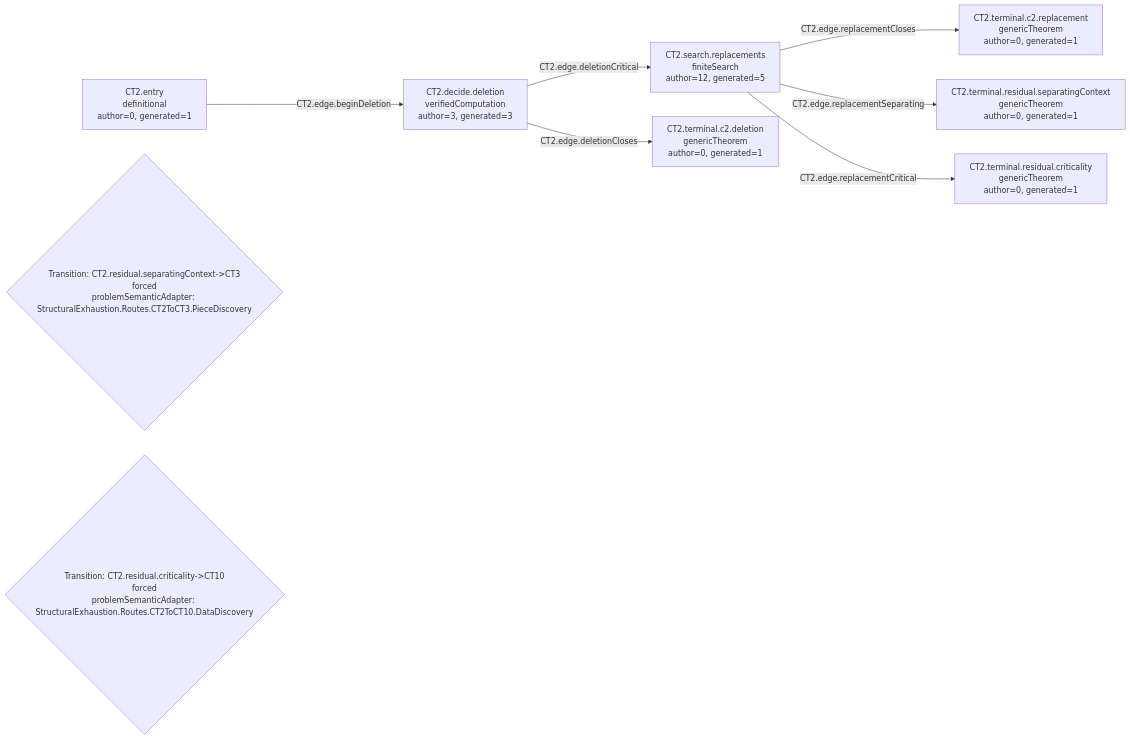
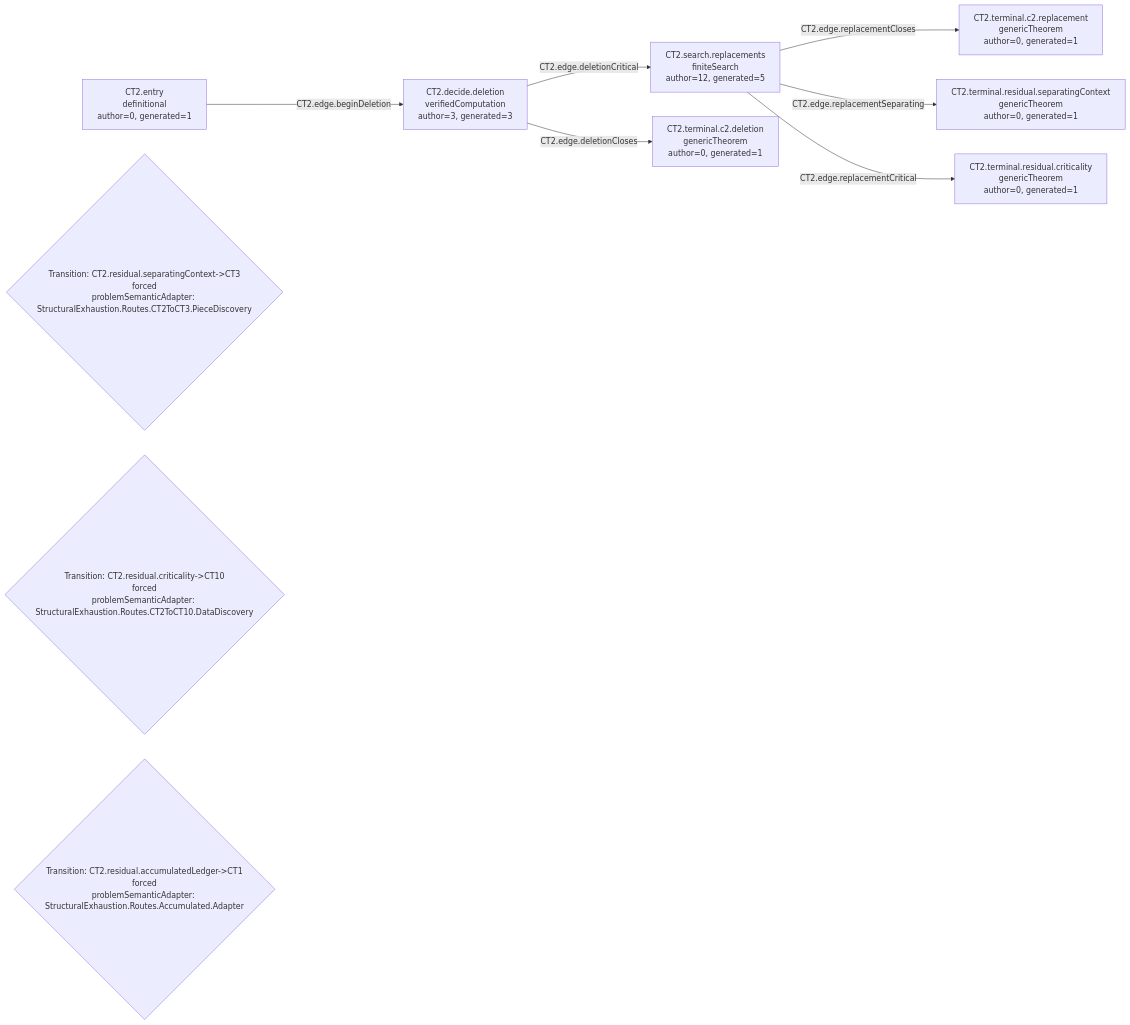
The diagram in generated/mermaid/CT2.mmd (Guillemdb/structural_exhaustion), drawn with Mermaid before and after one commit. The commit also changed 189 other files, not shown here.

```diff
--- a/generated/mermaid/CT2.mmd
+++ b/generated/mermaid/CT2.mmd
@@ -1,16 +1,17 @@
 flowchart LR
   N1["CT2.entry<br/>definitional<br/>author=0, generated=1"]
   N2["CT2.decide.deletion<br/>verifiedComputation<br/>author=3, generated=3"]
   N3["CT2.search.replacements<br/>finiteSearch<br/>author=12, generated=5"]
   N4["CT2.terminal.c2.deletion<br/>genericTheorem<br/>author=0, generated=1"]
   N5["CT2.terminal.c2.replacement<br/>genericTheorem<br/>author=0, generated=1"]
   N6["CT2.terminal.residual.separatingContext<br/>genericTheorem<br/>author=0, generated=1"]
   N7["CT2.terminal.residual.criticality<br/>genericTheorem<br/>author=0, generated=1"]
   N1 -->|CT2.edge.beginDeletion| N2
   N2 -->|CT2.edge.deletionCloses| N4
   N2 -->|CT2.edge.deletionCritical| N3
   N3 -->|CT2.edge.replacementCloses| N5
   N3 -->|CT2.edge.replacementSeparating| N6
   N3 -->|CT2.edge.replacementCritical| N7
   P1{"Transition: CT2.residual.separatingContext->CT3<br/>forced<br/>problemSemanticAdapter: StructuralExhaustion.Routes.CT2ToCT3.PieceDiscovery"}
   P2{"Transition: CT2.residual.criticality->CT10<br/>forced<br/>problemSemanticAdapter: StructuralExhaustion.Routes.CT2ToCT10.DataDiscovery"}
+  P3{"Transition: CT2.residual.accumulatedLedger->CT1<br/>forced<br/>problemSemanticAdapter: StructuralExhaustion.Routes.Accumulated.Adapter"}
```
